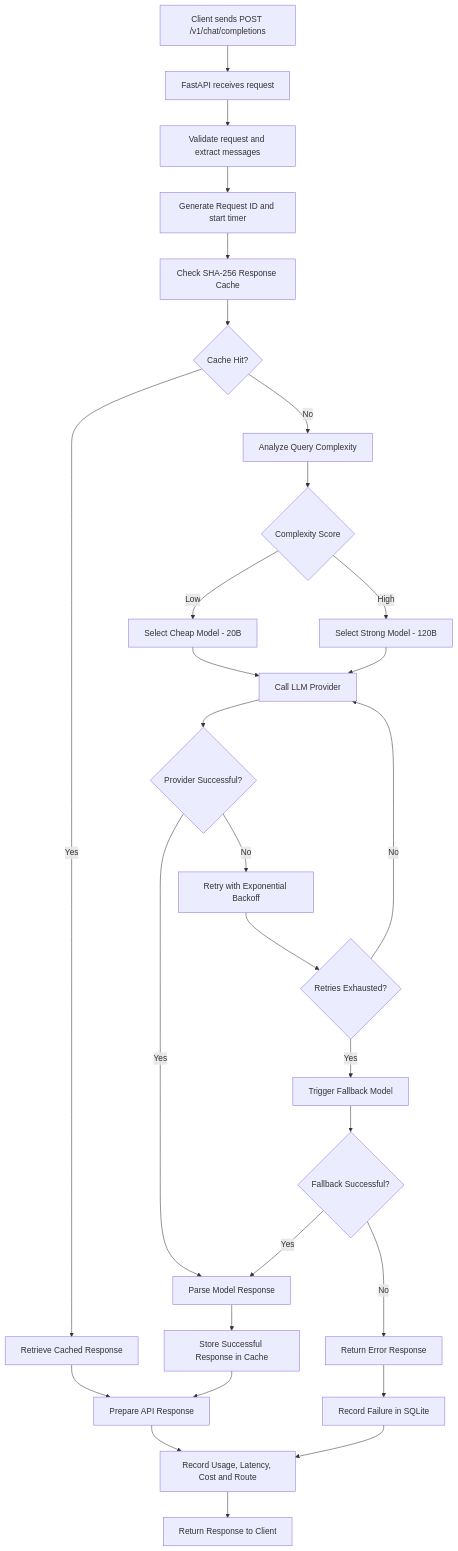
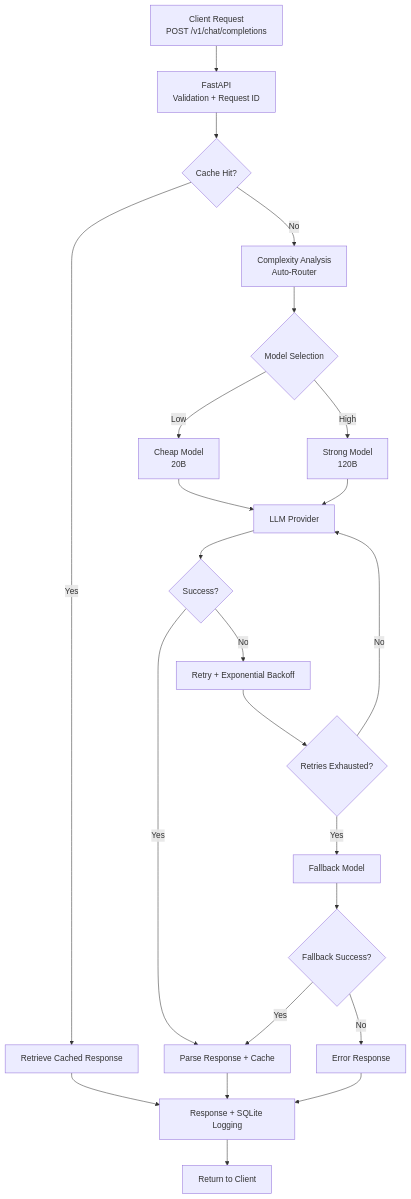
One commit to utkrashtsrepo/Smart-AI-Gateway changed the diagram in README.md. Above: the diagram before and after it, drawn with Mermaid. The commit also changed other lines of this file, not shown here.

Commit message:
Revise request lifecycle diagram in README
Updated the request lifecycle diagram for clarity and improved flow.

````diff
--- a/README.md
+++ b/README.md
@@ -32,40 +35,33 @@
 ```mermaid
 flowchart TD
-    A["Client sends POST /v1/chat/completions"] --> B["FastAPI receives request"]
-    B --> C["Validate request and extract messages"]
-    C --> D["Generate Request ID and start timer"]
-    D --> E["Check SHA-256 Response Cache"]
+    A["Client Request<br/>POST /v1/chat/completions"] --> B["FastAPI<br/>Validation + Request ID"]
+    B --> C{"Cache Hit?"}
 
-    E --> F{"Cache Hit?"}
-    F -->|Yes| G["Retrieve Cached Response"]
-    F -->|No| H["Analyze Query Complexity"]
+    C -->|Yes| H["Retrieve Cached Response"]
+    C -->|No| D["Complexity Analysis<br/>Auto-Router"]
 
-    H --> I{"Complexity Score"}
-    I -->|Low| J["Select Cheap Model - 20B"]
-    I -->|High| K["Select Strong Model - 120B"]
+    D --> E{"Model Selection"}
+    E -->|Low| F["Cheap Model<br/>20B"]
+    E -->|High| G["Strong Model<br/>120B"]
 
-    J --> L["Call LLM Provider"]
-    K --> L
+    F --> I["LLM Provider"]
+    G --> I
 
-    L --> M{"Provider Successful?"}
-    M -->|Yes| N["Parse Model Response"]
-    M -->|No| O["Retry with Exponential Backoff"]
+    I --> J{"Success?"}
+    J -->|Yes| K["Parse Response + Cache"]
+    J -->|No| L["Retry + Exponential Backoff"]
 
-    O --> P{"Retries Exhausted?"}
-    P -->|No| L
-    P -->|Yes| Q["Trigger Fallback Model"]
+    L --> M{"Retries Exhausted?"}
+    M -->|No| I
+    M -->|Yes| N["Fallback Model"]
 
-    Q --> R{"Fallback Successful?"}
-    R -->|Yes| N
-    R -->|No| S["Return Error Response"]
+    N --> O{"Fallback Success?"}
+    O -->|Yes| K
+    O -->|No| P["Error Response"]
 
-    N --> T["Store Successful Response in Cache"]
-    G --> U["Prepare API Response"]
-    T --> U
+    H --> Q["Response + SQLite Logging"]
+    K --> Q
+    P --> Q
 
-    S --> V["Record Failure in SQLite"]
-    U --> W["Record Usage, Latency, Cost and Route"]
-    V --> W
-
-    W --> X["Return Response to Client"]
+    Q --> R["Return to Client"]
 ```
````
